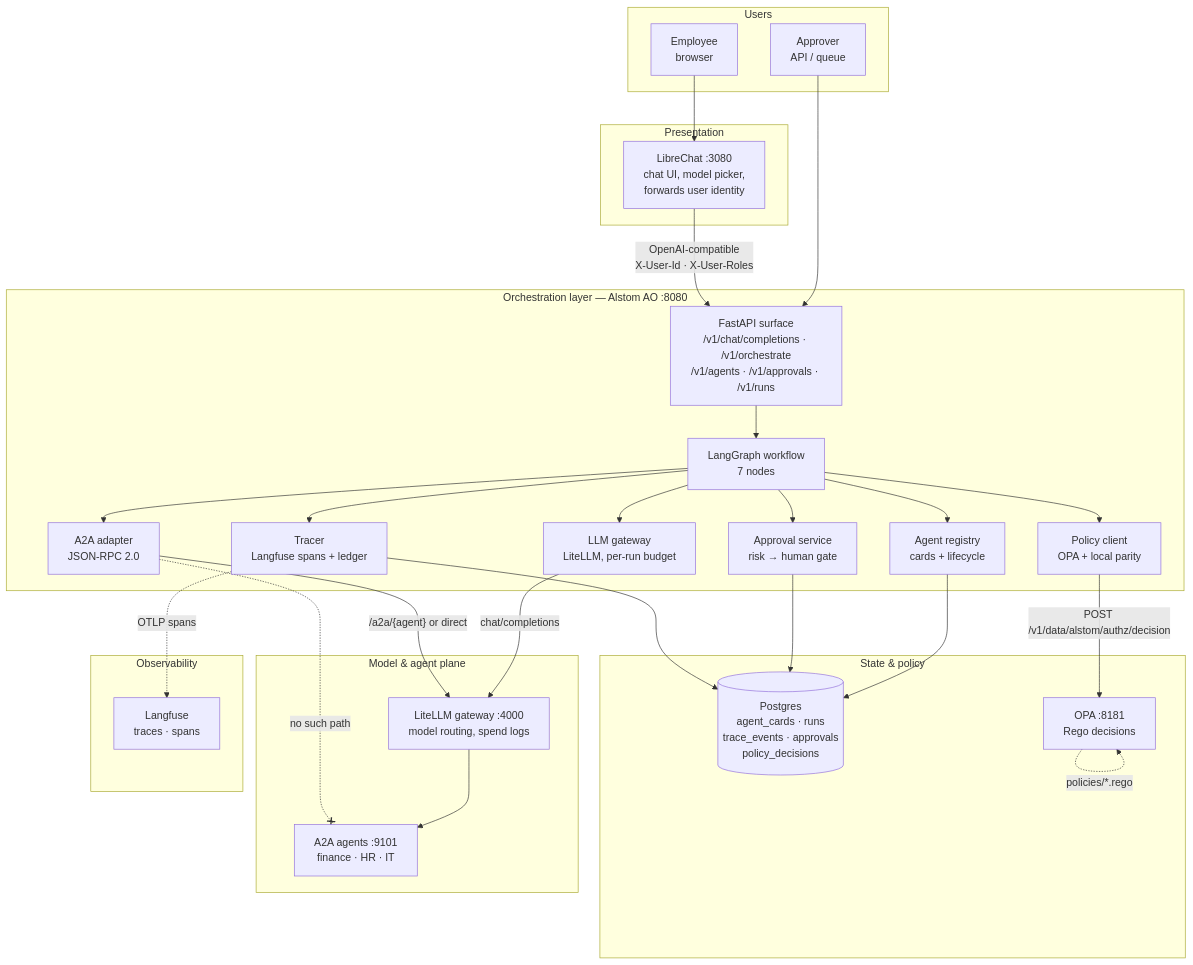
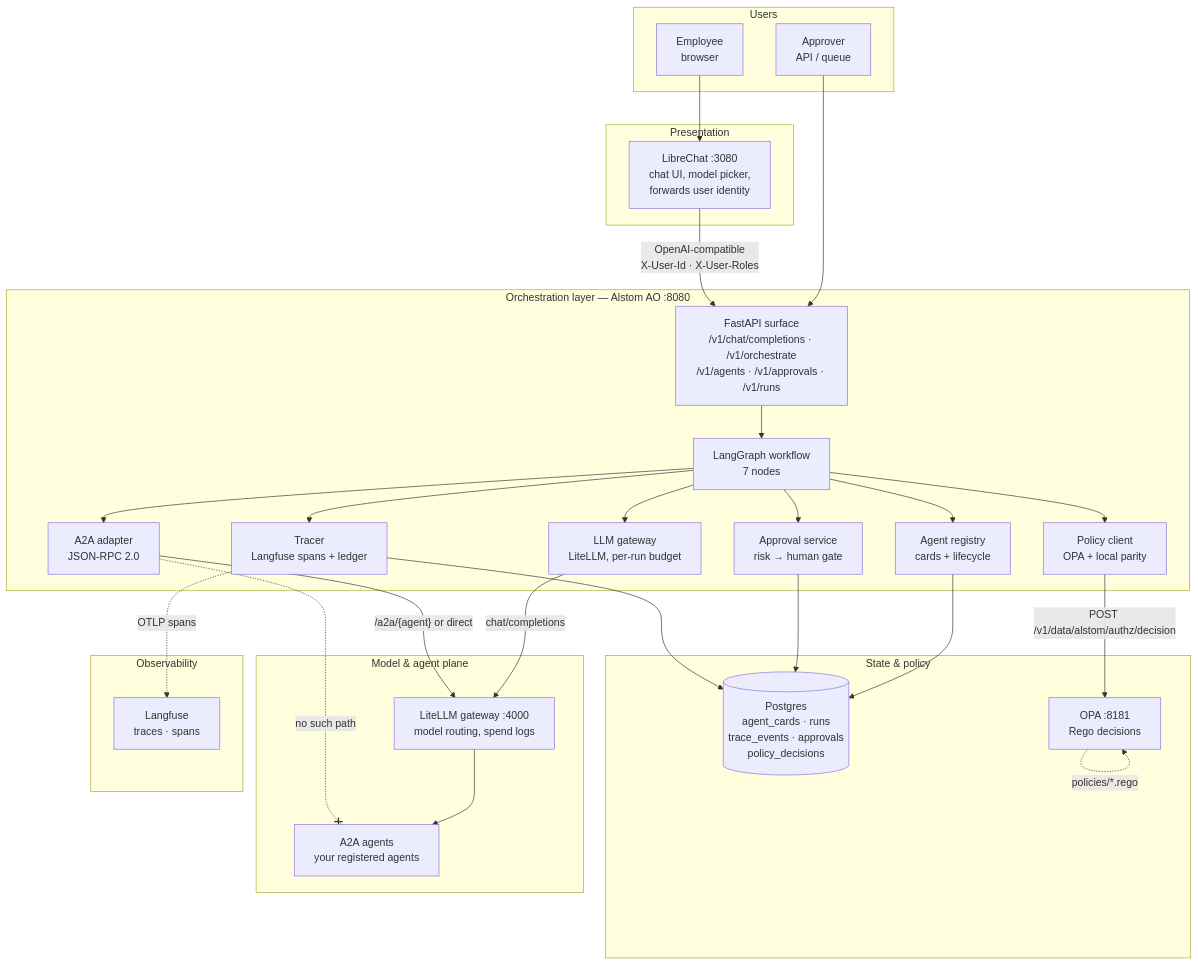
One commit to ranganadh8599/Alstom_AO changed the first of 5 diagrams in docs/architecture-review.md. Above: the diagram before and after it, drawn with Mermaid. The commit also changed other lines of this file and 66 other files, not shown here.

````diff
--- a/docs/architecture-review.md
+++ b/docs/architecture-review.md
@@ -24,61 +24,61 @@
 ```mermaid
 flowchart TB
     subgraph users["Users"]
         U1["Employee<br/>browser"]
         U2["Approver<br/>API / queue"]
     end
 
     subgraph ui["Presentation"]
         LC["LibreChat :3080<br/>chat UI, model picker,<br/>forwards user identity"]
     end
 
     subgraph ao["Orchestration layer — Alstom AO :8080"]
         API["FastAPI surface<br/>/v1/chat/completions · /v1/orchestrate<br/>/v1/agents · /v1/approvals · /v1/runs"]
         GRAPH["LangGraph workflow<br/>7 nodes"]
         REG["Agent registry<br/>cards + lifecycle"]
         POL["Policy client<br/>OPA + local parity"]
         APP["Approval service<br/>risk → human gate"]
         GW["LLM gateway<br/>LiteLLM, per-run budget"]
         AD["A2A adapter<br/>JSON-RPC 2.0"]
         TR["Tracer<br/>Langfuse spans + ledger"]
     end
 
     subgraph infra["State & policy"]
         PG[("Postgres<br/>agent_cards · runs<br/>trace_events · approvals<br/>policy_decisions")]
         OPA["OPA :8181<br/>Rego decisions"]
     end
 
     subgraph llm["Model & agent plane"]
         LG["LiteLLM gateway :4000<br/>model routing, spend logs"]
-        AG["A2A agents :9101<br/>finance · HR · IT"]
+        AG["A2A agents<br/>your registered agents"]
     end
 
     subgraph obs["Observability"]
         LF["Langfuse<br/>traces · spans"]
     end
 
     U1 --> LC
     U2 --> API
     LC -->|"OpenAI-compatible<br/>X-User-Id · X-User-Roles"| API
     API --> GRAPH
 
     GRAPH --> REG
     GRAPH --> POL
     GRAPH --> APP
     GRAPH --> GW
     GRAPH --> AD
     GRAPH --> TR
 
     REG --> PG
     APP --> PG
     TR --> PG
     POL -->|"POST /v1/data/alstom/authz/decision"| OPA
 
     GW -->|"chat/completions"| LG
     AD -->|"/a2a/{agent} or direct"| LG
     LG --> AG
     AD -. "no such path" .-x AG
 
     TR -.->|"OTLP spans"| LF
     OPA -.->|"policies/*.rego"| OPA
 ```
````
